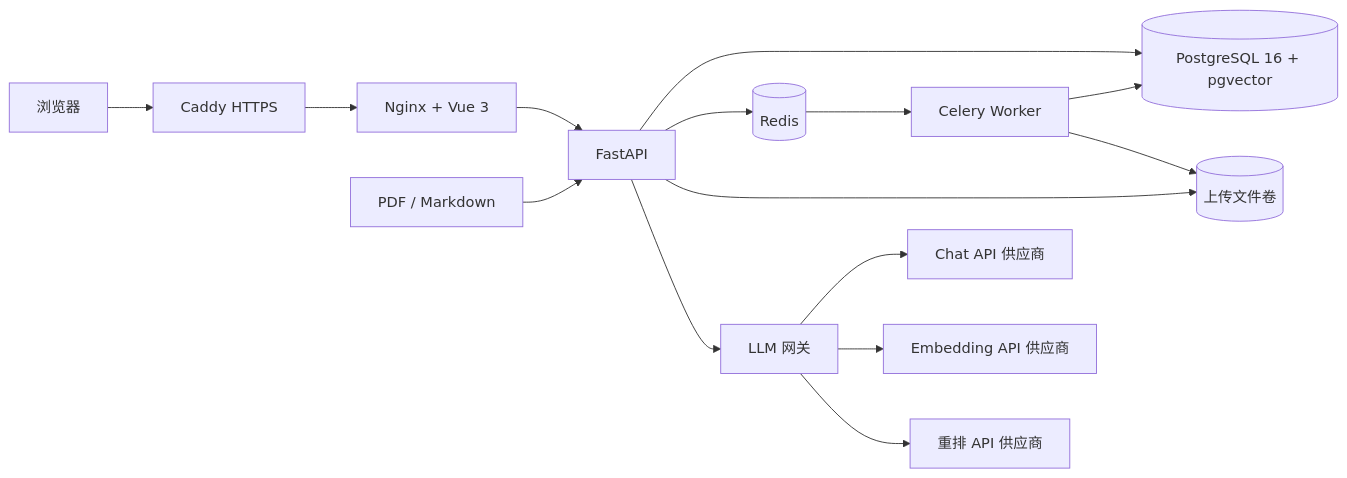
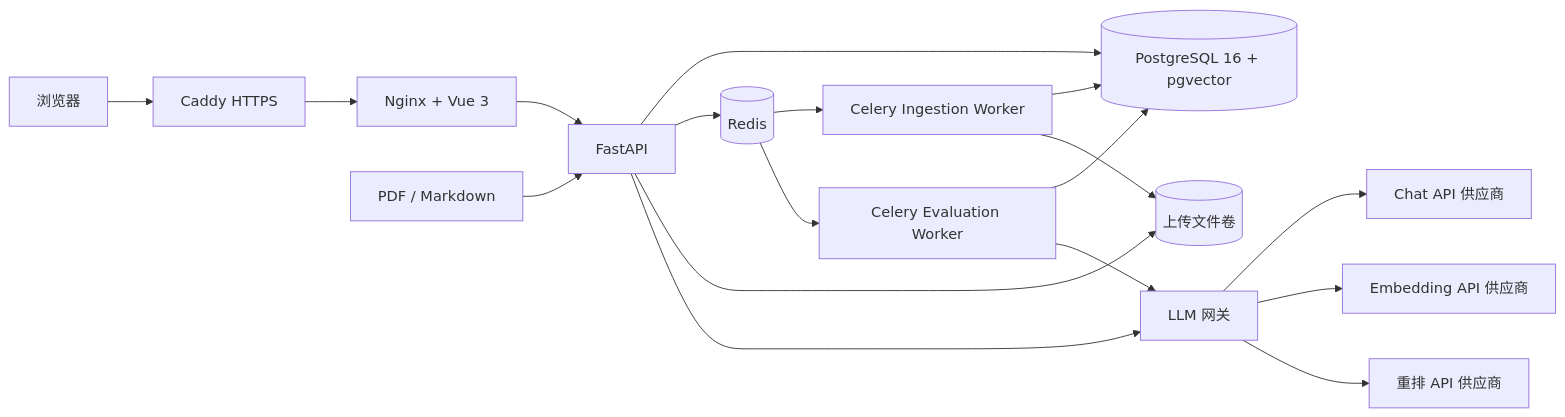
The diagram in README.md (ljhzjm/DocMind), drawn with Mermaid before and after one commit. The commit also changed other lines of this file, not shown here.

Commit message:
docs: align README with current architecture

````diff
--- a/README.md
+++ b/README.md
@@ -14,17 +14,20 @@
 ```mermaid
 flowchart LR
     Browser[浏览器] --> TLS[Caddy HTTPS]
     TLS --> Web[Nginx + Vue 3]
     Web --> API[FastAPI]
     API --> PG[(PostgreSQL 16 + pgvector)]
     API --> Redis[(Redis)]
     API --> Upload[(上传文件卷)]
     API --> Gateway[LLM 网关]
     Gateway --> Chat[Chat API 供应商]
     Gateway --> Embedding[Embedding API 供应商]
     Gateway --> Rerank[重排 API 供应商]
-    Redis --> Worker[Celery Worker]
+    Redis --> Worker[Celery Ingestion Worker]
+    Redis --> EvalWorker[Celery Evaluation Worker]
     PDF[PDF / Markdown] --> API
     Worker --> PG
     Worker --> Upload
+    EvalWorker --> PG
+    EvalWorker --> Gateway
 ```
````
